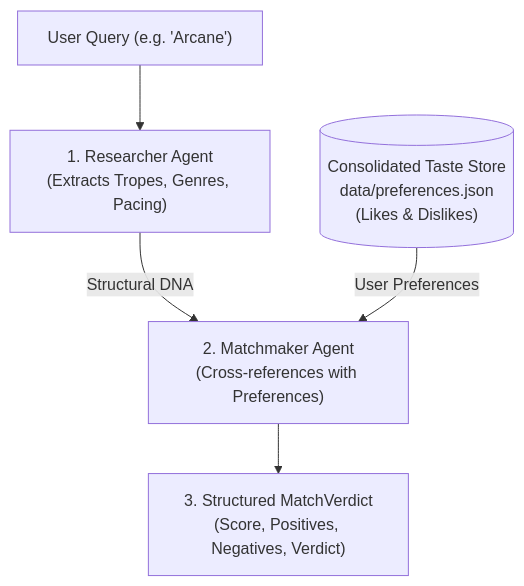
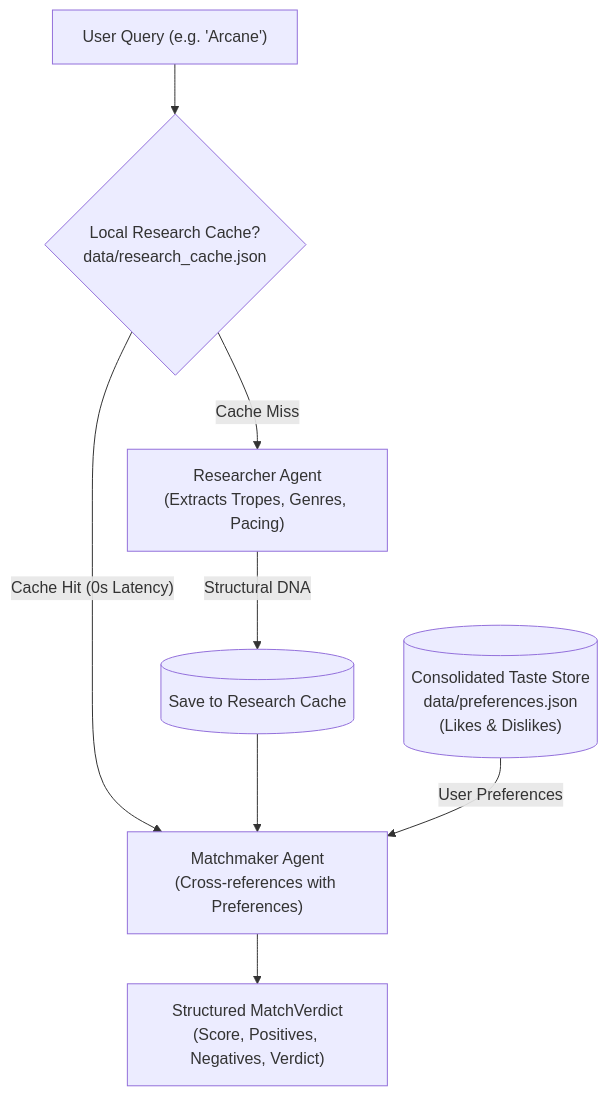
The diagram in README.md (baby-anjali/Binge-Buddy), drawn with Mermaid before and after one commit. The commit also changed other lines of this file and 6 other files, not shown here.

Commit message:
Create cache for media research

````diff
--- a/README.md
+++ b/README.md
@@ -95,7 +96,10 @@
 ```mermaid
 flowchart TD
-    User["User Query (e.g. 'Arcane')"] --> Researcher["1. Researcher Agent\n(Extracts Tropes, Genres, Pacing)"]
-    Researcher -->|"Structural DNA"| Matchmaker["2. Matchmaker Agent\n(Cross-references with Preferences)"]
+    User["User Query (e.g. 'Arcane')"] --> CacheCheck{"Local Research Cache?\ndata/research_cache.json"}
+    CacheCheck -->|"Cache Hit (0s Latency)"| Matchmaker["Matchmaker Agent\n(Cross-references with Preferences)"]
+    CacheCheck -->|"Cache Miss"| Researcher["Researcher Agent\n(Extracts Tropes, Genres, Pacing)"]
+    Researcher -->|"Structural DNA"| CacheStore[("Save to Research Cache")]
+    CacheStore --> Matchmaker
     Store[("Consolidated Taste Store\ndata/preferences.json\n(Likes & Dislikes)")] -->|"User Preferences"| Matchmaker
-    Matchmaker --> Verdict["3. Structured MatchVerdict\n(Score, Positives, Negatives, Verdict)"]
+    Matchmaker --> Verdict["Structured MatchVerdict\n(Score, Positives, Negatives, Verdict)"]
 ```
````
